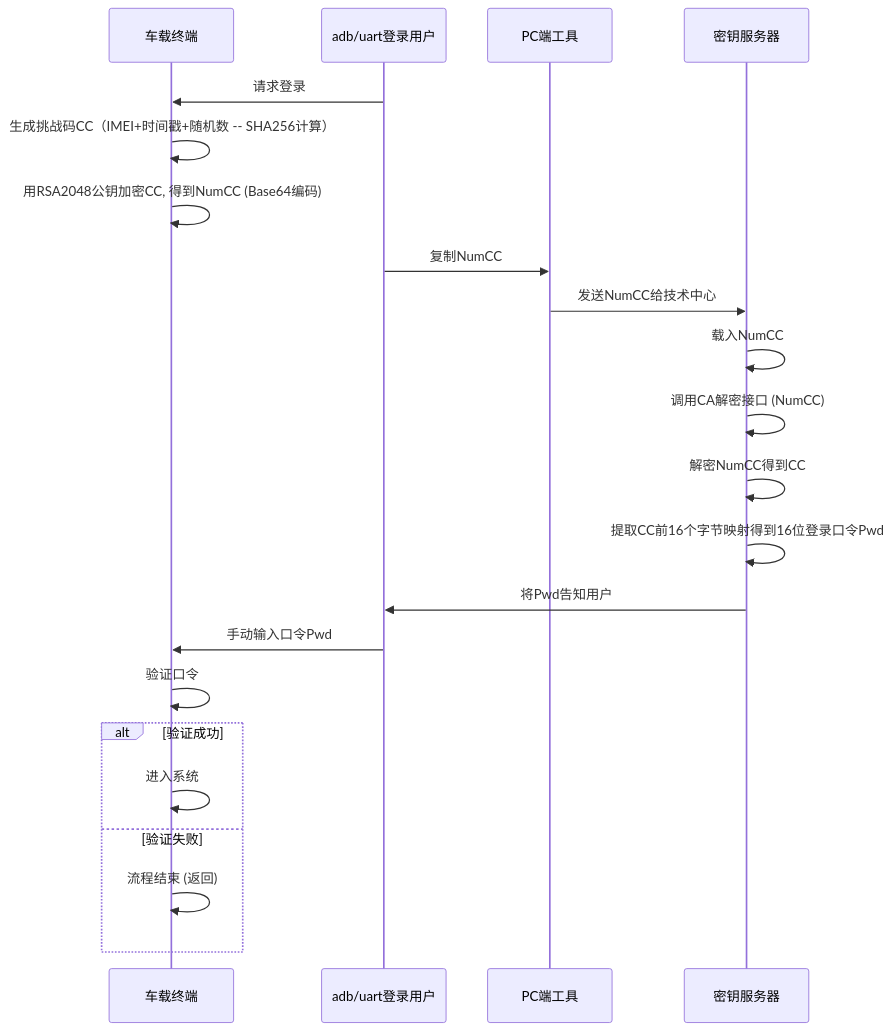
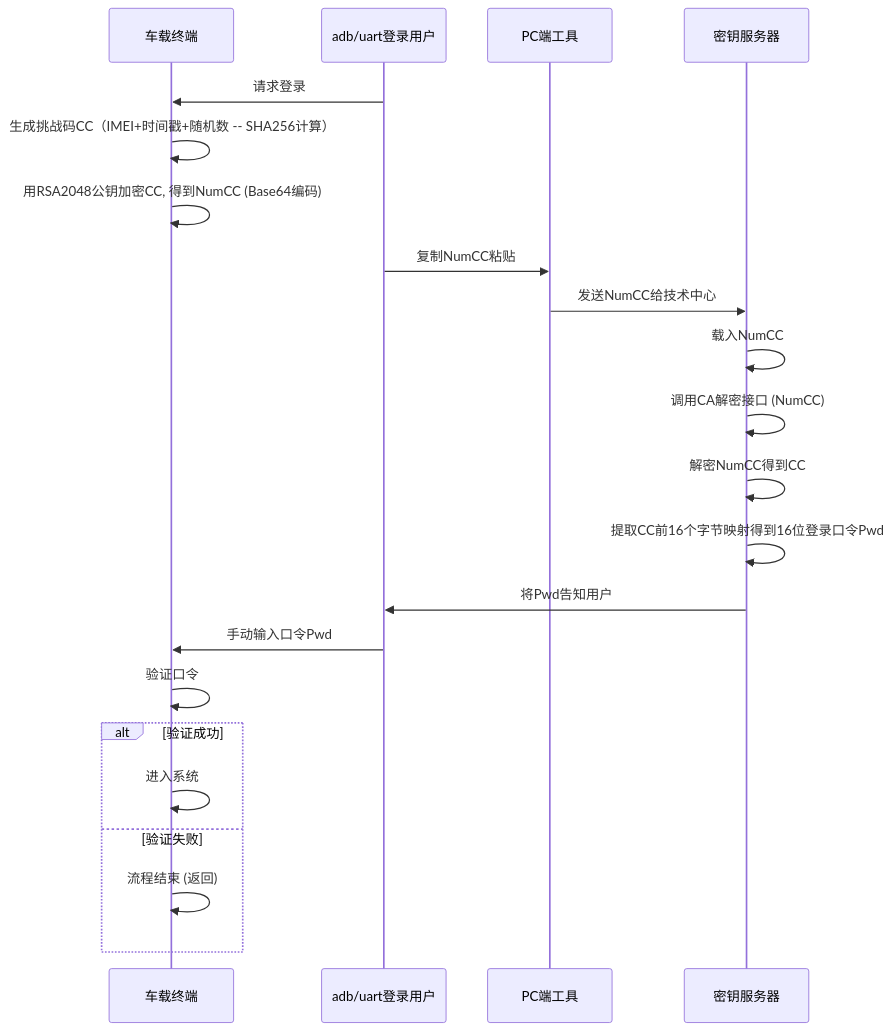
Before and after one commit to facebook-cloud/iodraw-files: the diagram in all/未命名-13.md, drawn with Mermaid.

Commit message:
2026-01-27 11:22:43 update

````diff
--- a/all/未命名-13.md
+++ b/all/未命名-13.md
@@ -1,28 +1,28 @@
 ```mermaid
 sequenceDiagram
     participant tbox as 车载终端
     participant user as adb/uart登录用户
     participant pc as PC端工具
     participant tech_center as 密钥服务器
   
 
     user->>tbox: 请求登录
     tbox->>tbox: 生成挑战码CC（IMEI+时间戳+随机数 -- SHA256计算）
     tbox->>tbox: 用RSA2048公钥加密CC, 得到NumCC (Base64编码)
-    user->>pc: 复制NumCC
+    user->>pc: 复制NumCC粘贴
     pc->>tech_center: 发送NumCC给技术中心
     tech_center->>tech_center: 载入NumCC
     tech_center->>tech_center: 调用CA解密接口 (NumCC)
     tech_center->>tech_center: 解密NumCC得到CC
     tech_center->>tech_center: 提取CC前16个字节映射得到16位登录口令Pwd
     tech_center->>user: 将Pwd告知用户
     user->>tbox: 手动输入口令Pwd
     tbox->>tbox: 验证口令
     alt 验证成功
         tbox->>tbox: 进入系统
     else 验证失败
         tbox->>tbox: 流程结束 (返回)
     end
 
 
 ```
````
